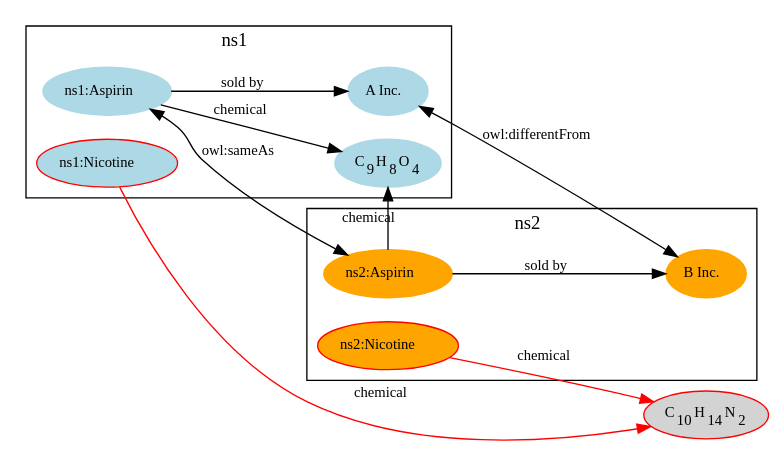
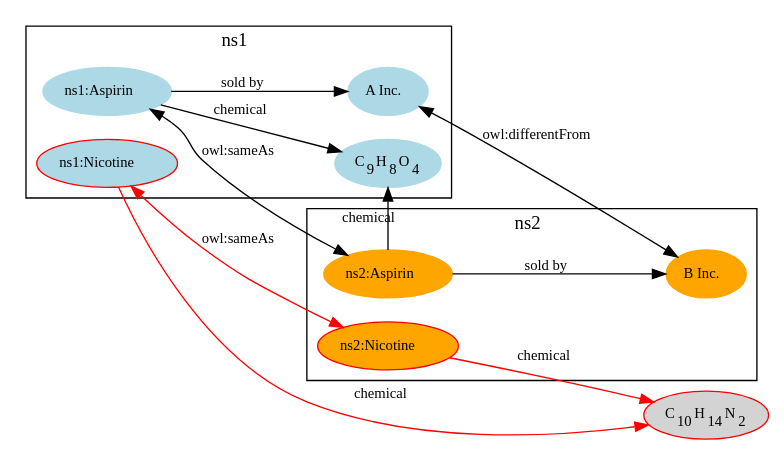
The diagram in img/identity2.dot (wouterbeek/wouterbeek.github.io), drawn with Graphviz before and after one commit. The commit also changed 1 other file, not shown here.

```diff
--- a/img/identity2.dot
+++ b/img/identity2.dot
@@ -1,35 +1,36 @@
 digraph identity2 {
   rankdir=LR
   edge [fontsize=11.0];
   node [fontsize=11.0,style=filled];
 
   subgraph cluster1 {
     label=<ns1>;
 
     c9h8o4 [color=lightblue,label=<C<SUB>9</SUB>H<SUB>8</SUB>O<SUB>4</SUB>>];
     ns1 [color=lightblue,label=<ns1:Aspirin>];
     ainc [color=lightblue,label=<A Inc.>];
     nicotine1 [color=red,fillcolor=lightblue,label=<ns1:Nicotine>];
 
     ns1 -> c9h8o4 [label=<chemical>];
     ns1 -> ainc [label=<sold by>];
   }
 
   subgraph cluster2 {
     label=<ns2>;
   
     ns2 [color=orange,label=<ns2:Aspirin>];
     binc [color=orange,label=<B Inc.>];
     nicotine2 [color=red,fillcolor=orange,label=<ns2:Nicotine>];
     
     ns2 -> c9h8o4 [label=<chemical>];
     ns2 -> binc [label=<sold by>];
   }
 
   c10h14n2 [color=red,fillcolor=lightgrey,label=<C<SUB>10</SUB>H<SUB>14</SUB>N<SUB>2</SUB>>];
 
   ns1 -> ns2 [dir="both",label=<owl:sameAs>];
   ainc -> binc [dir="both",label=<owl:differentFrom>];
   nicotine1 -> c10h14n2 [color=red,label=<chemical>];
   nicotine2 -> c10h14n2 [color=red,label=<chemical>];
+  nicotine1 -> nicotine2 [color=red,dir="both",label=<owl:sameAs>];
 }
```
